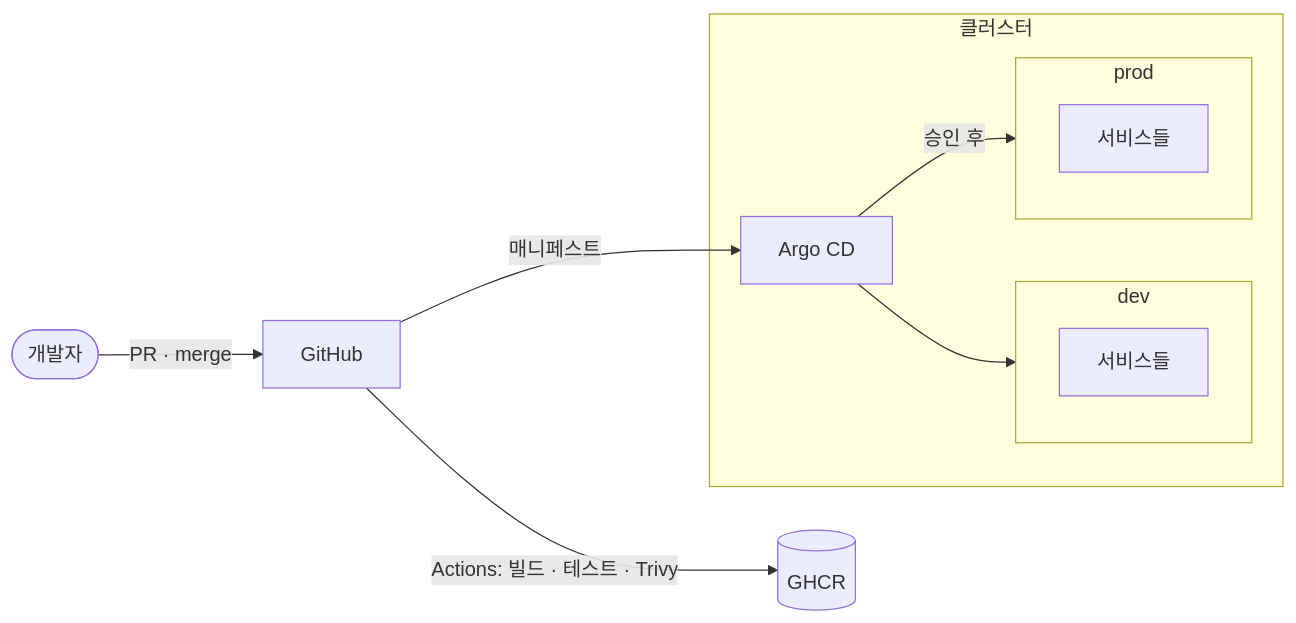
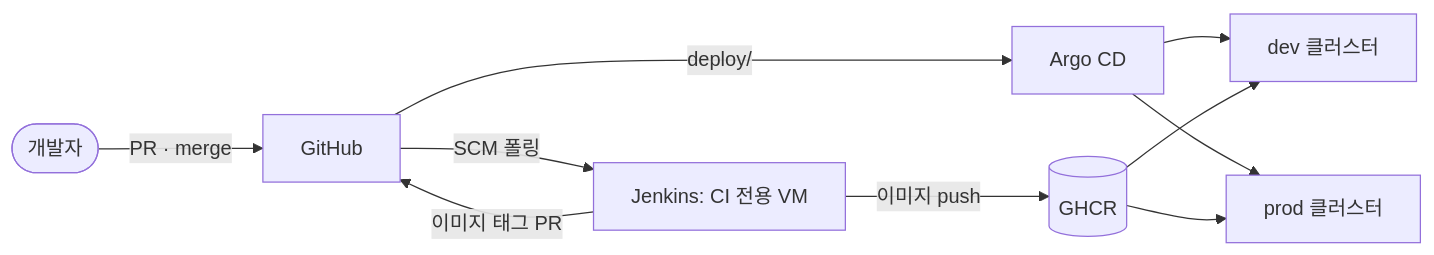
Before and after one commit to ktcloud-cloudnative-2026/team03-HelloCloud: the fourth of 4 diagrams in docs/architecture.md, drawn with Mermaid. The commit also changed other lines of this file and 16 other files, not shown here.

````diff
--- a/docs/architecture.md
+++ b/docs/architecture.md
@@ -50,17 +75,12 @@
 ```mermaid
 flowchart LR
   dev([개발자]) -->|PR · merge| gh[GitHub]
-  gh -->|Actions: 빌드 · 테스트 · Trivy| reg[(GHCR)]
-  gh -->|매니페스트| argo[Argo CD]
-  subgraph cluster[클러스터]
-    subgraph nsdev[dev]
-      sdev[서비스들]
-    end
-    subgraph nsprod[prod]
-      sprod[서비스들]
-    end
-    argo
-  end
-  argo --> nsdev
-  argo -->|승인 후| nsprod
+  gh -->|SCM 폴링| jk[Jenkins: CI 전용 VM]
+  jk -->|이미지 push| reg[(GHCR)]
+  jk -->|이미지 태그 PR| gh
+  gh -->|deploy/| argo[Argo CD]
+  argo --> cdev[dev 클러스터]
+  argo --> cprod[prod 클러스터]
+  reg --> cdev
+  reg --> cprod
 ```
````
